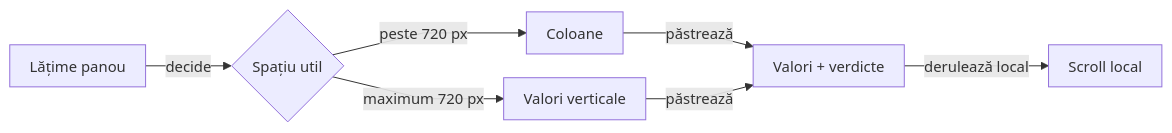
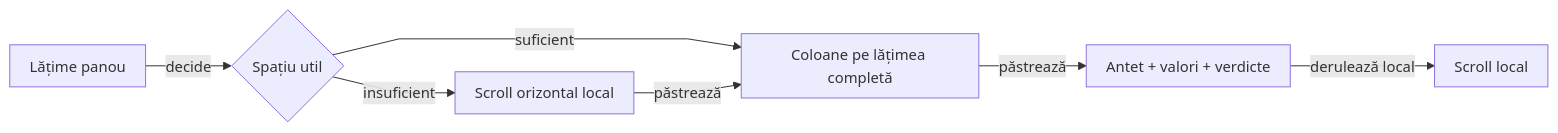
Before and after one commit to crististefanita/atf_j0: diagram 15 of 15 in atf-reporting/README.md, drawn with Mermaid. The commit also changed other lines of this file and 57 other files, not shown here.

Commit message:
Improve report layout and evidence inspection

````diff
--- a/atf-reporting/README.md
+++ b/atf-reporting/README.md
@@ -1691,10 +1746,10 @@
 ```mermaid
 %%{init: {"themeVariables":{"fontSize":"15px"},"themeCSS":".nodeLabel, .nodeLabel p { font-size: 15px !important; line-height: 1.35 !important; } .edgeLabel, .edgeLabel p { font-size: 12px !important; font-weight: 400 !important; line-height: 1.2 !important; } .edgeLabel .labelBkg, .edgeLabel p { background: transparent !important; } .edgeLabel foreignObject { transform: translateY(-28px); overflow: visible; } .node rect { rx: 6px; ry: 6px; }","flowchart":{"curve":"linear","nodeSpacing":24,"rankSpacing":40,"padding":10,"diagramPadding":24}}}%%
 flowchart LR
     Width["Lățime panou"] -->|decide| Layout{"Spațiu util"}
-    Layout -->|peste 720 px| Columns["Coloane"]
-    Layout -->|maximum 720 px| Rows["Valori verticale"]
-    Columns -->|păstrează| Evidence["Valori + verdicte"]
-    Rows -->|păstrează| Evidence
+    Layout -->|suficient| Columns["Coloane pe lățimea completă"]
+    Layout -->|insuficient| Rows["Scroll orizontal local"]
+    Rows -->|păstrează| Columns
+    Columns -->|păstrează| Evidence["Antet + valori + verdicte"]
     Evidence -->|derulează local| Audit["Scroll local"]
 ```
````
